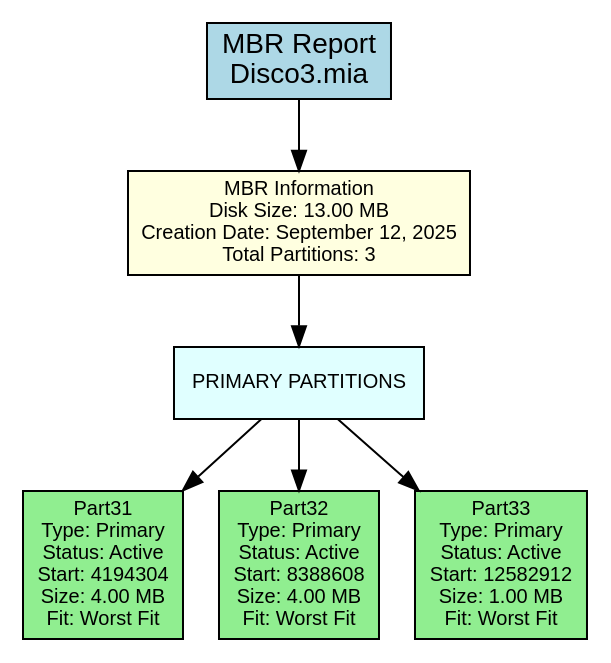
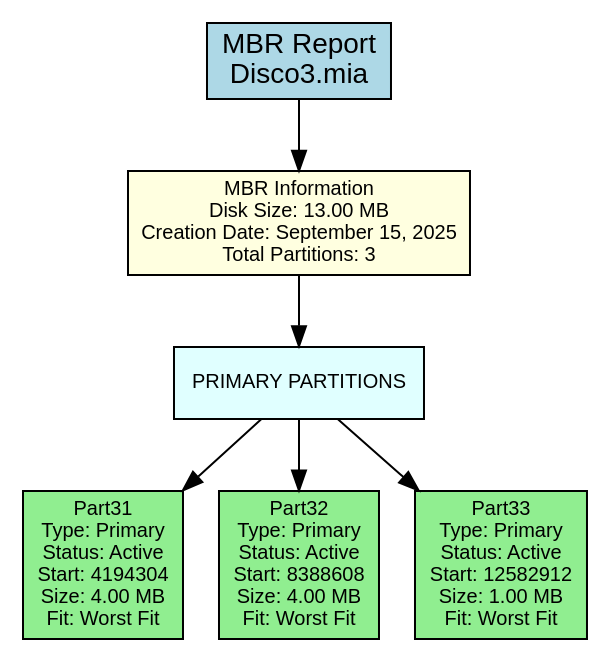
Before and after one commit to DiegVas/MIA_2S2025_P1_202300638: the diagram in backend/provider/reports/src/mbr_382B.dot, drawn with Graphviz. The commit also changed 34 other files, not shown here.

```diff
--- a/backend/provider/reports/src/mbr_382B.dot
+++ b/backend/provider/reports/src/mbr_382B.dot
@@ -1,22 +1,22 @@
 digraph MBR_Report {
     rankdir=TB;
     node [shape=box, style=filled];
     graph [fontname="Arial", fontsize=12];
     node [fontname="Arial", fontsize=10];
     edge [fontname="Arial"];
 
     title [label="MBR Report\nDisco3.mia", fillcolor=lightblue, fontsize=14];
 
-    mbr_info [label="MBR Information\nDisk Size: 13.00 MB\nCreation Date: September 12, 2025\nTotal Partitions: 3", fillcolor=lightyellow];
+    mbr_info [label="MBR Information\nDisk Size: 13.00 MB\nCreation Date: September 15, 2025\nTotal Partitions: 3", fillcolor=lightyellow];
 
     primary_section [label="PRIMARY PARTITIONS", shape=box, style=filled, fillcolor=lightcyan];
     primary_0 [label="Part31\nType: Primary\nStatus: Active\nStart: 4194304\nSize: 4.00 MB\nFit: Worst Fit", fillcolor=lightgreen];
     primary_section -> primary_0;
     primary_1 [label="Part32\nType: Primary\nStatus: Active\nStart: 8388608\nSize: 4.00 MB\nFit: Worst Fit", fillcolor=lightgreen];
     primary_section -> primary_1;
     primary_2 [label="Part33\nType: Primary\nStatus: Active\nStart: 12582912\nSize: 1.00 MB\nFit: Worst Fit", fillcolor=lightgreen];
     primary_section -> primary_2;
 
     title -> mbr_info;
     mbr_info -> primary_section;
 }
```
